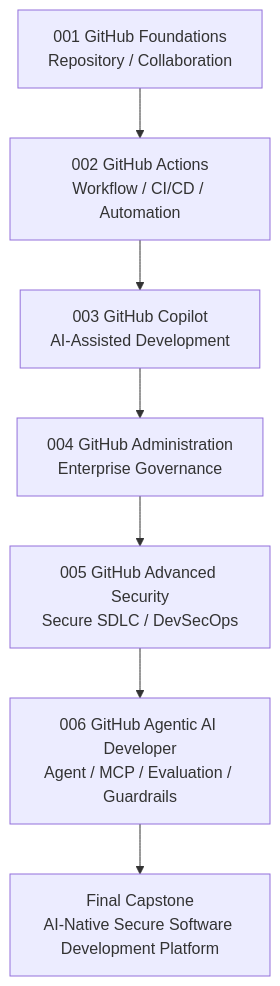
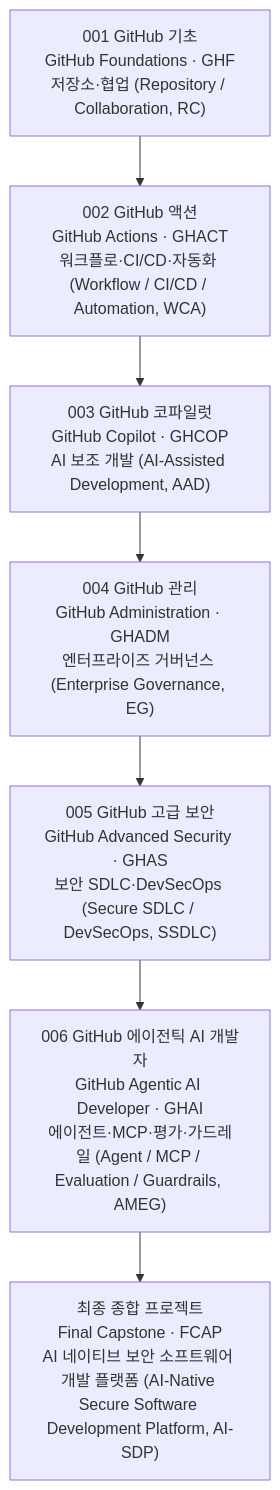
The second of 2 diagrams in README.md (MetaStudy999/github-certification-learning-system), drawn with Mermaid before and after one commit. The commit also changed other lines of this file, not shown here.

````diff
--- a/README.md
+++ b/README.md
@@ -283,10 +283,10 @@
 ```mermaid
 flowchart TD
-    A[001 GitHub Foundations<br/>Repository / Collaboration]
-    --> B[002 GitHub Actions<br/>Workflow / CI/CD / Automation]
-    --> C[003 GitHub Copilot<br/>AI-Assisted Development]
-    --> D[004 GitHub Administration<br/>Enterprise Governance]
-    --> E[005 GitHub Advanced Security<br/>Secure SDLC / DevSecOps]
-    --> F[006 GitHub Agentic AI Developer<br/>Agent / MCP / Evaluation / Guardrails]
-    --> G[Final Capstone<br/>AI-Native Secure Software Development Platform]
+    A["001 GitHub 기초<br/>GitHub Foundations · GHF<br/>저장소·협업 (Repository / Collaboration, RC)"]
+    --> B["002 GitHub 액션<br/>GitHub Actions · GHACT<br/>워크플로·CI/CD·자동화 (Workflow / CI/CD / Automation, WCA)"]
+    --> C["003 GitHub 코파일럿<br/>GitHub Copilot · GHCOP<br/>AI 보조 개발 (AI-Assisted Development, AAD)"]
+    --> D["004 GitHub 관리<br/>GitHub Administration · GHADM<br/>엔터프라이즈 거버넌스 (Enterprise Governance, EG)"]
+    --> E["005 GitHub 고급 보안<br/>GitHub Advanced Security · GHAS<br/>보안 SDLC·DevSecOps (Secure SDLC / DevSecOps, SSDLC)"]
+    --> F["006 GitHub 에이전틱 AI 개발자<br/>GitHub Agentic AI Developer · GHAI<br/>에이전트·MCP·평가·가드레일 (Agent / MCP / Evaluation / Guardrails, AMEG)"]
+    --> G["최종 종합 프로젝트<br/>Final Capstone · FCAP<br/>AI 네이티브 보안 소프트웨어 개발 플랫폼 (AI-Native Secure Software Development Platform, AI-SDP)"]
 ```
````
